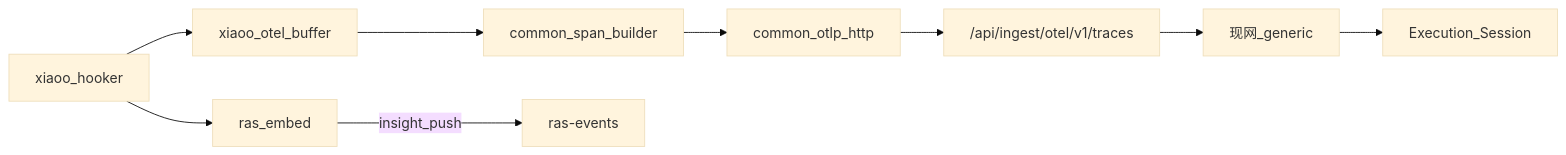
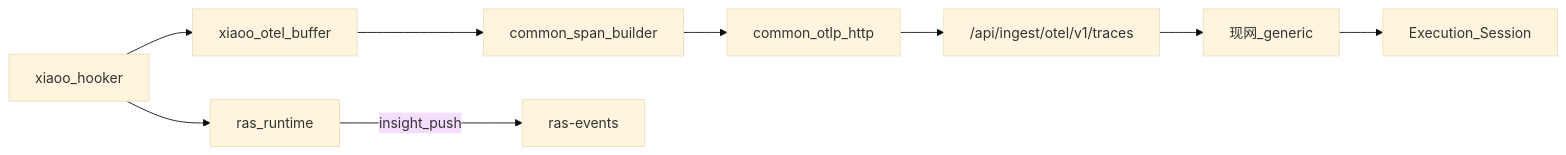
Before and after one commit to openeuler-mirror/agent-insight: the diagram in docs/agent-ras/designs/features/xiaoo-observe-ingest.md, drawn with Mermaid (base theme). The commit also changed 34 other files, not shown here.

````diff
--- a/docs/agent-ras/designs/features/xiaoo-observe-ingest.md
+++ b/docs/agent-ras/designs/features/xiaoo-observe-ingest.md
@@ -22,11 +22,11 @@
 ```mermaid
 flowchart LR
-  Hooker[xiaoo_hooker] --> RAS[ras_embed]
+  Hooker[xiaoo_hooker] --> RAS[ras_runtime]
   Hooker --> Buf[xiaoo_otel_buffer]
   Buf --> Builder[common_span_builder]
   Builder --> HTTP[common_otlp_http]
   HTTP --> OTel["/api/ingest/otel/v1/traces"]
   RAS -->|insight_push| RasAPI[ras-events]
   OTel --> Generic[现网_generic]
   Generic --> Exec[Execution_Session]
 ```
````
